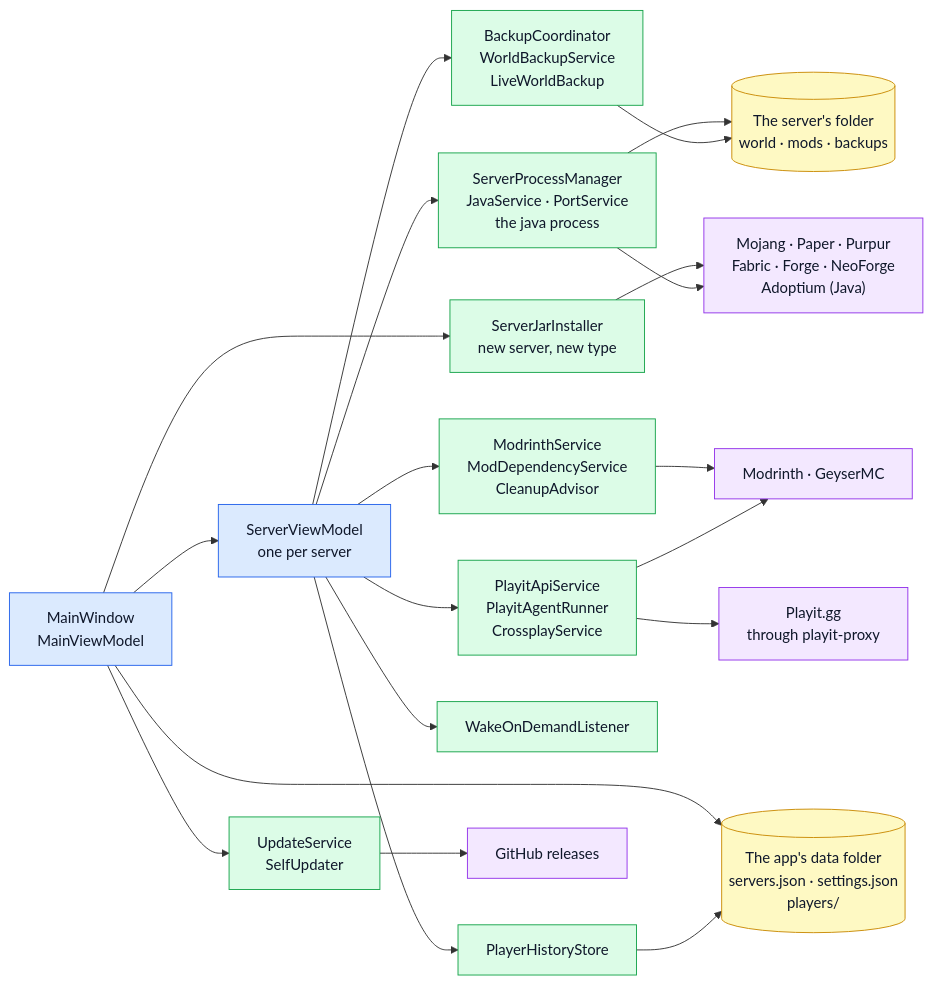
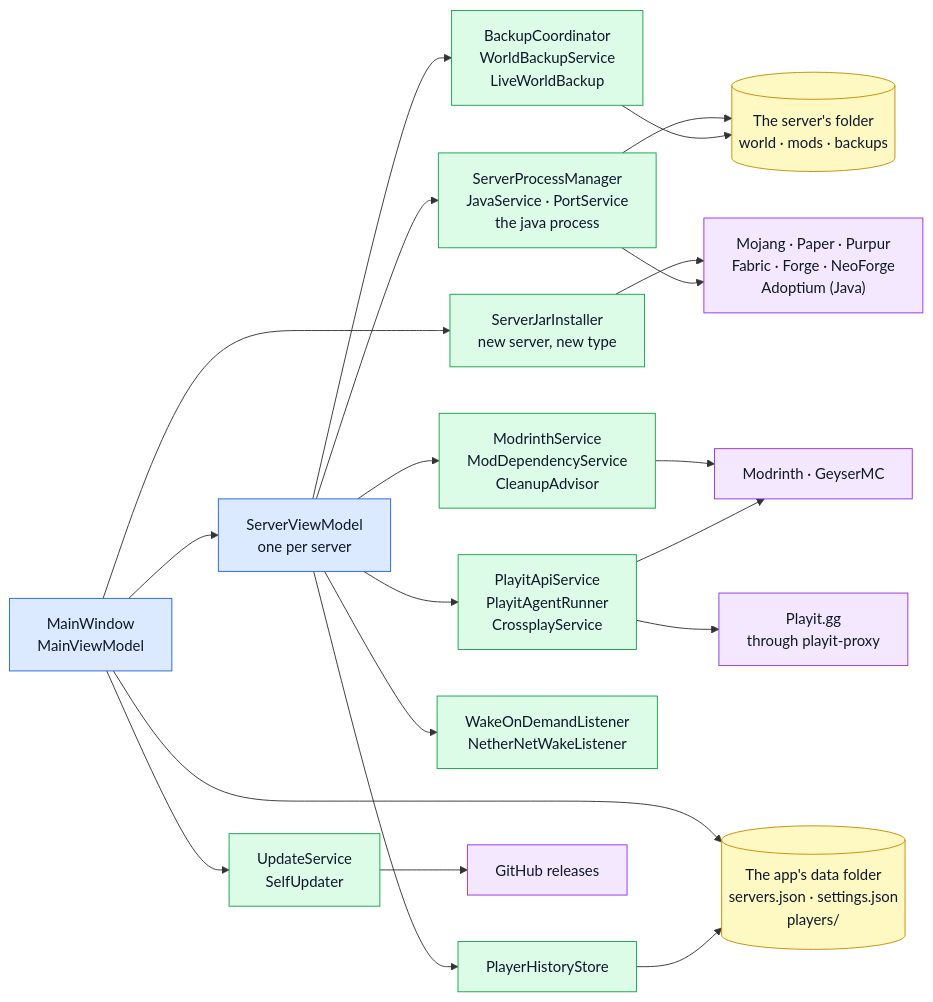
Before and after one commit to JuanP-G/MC-ServerLauncher: the first of 2 diagrams in docs/articles/architecture.md, drawn with Mermaid. The commit also changed other lines of this file and 1 other file, not shown here.

Commit message:
docs(despertar): el listener de Bedrock en architecture, ES y EN

````diff
--- a/docs/articles/architecture.md
+++ b/docs/articles/architecture.md
@@ -16,41 +16,41 @@
 ```mermaid
 flowchart LR
     win["MainWindow<br/>MainViewModel"]
     svm["ServerViewModel<br/>one per server"]
     store[("The app's data folder<br/>servers.json · settings.json<br/>players/")]
     upd["UpdateService<br/>SelfUpdater"]
     jar["ServerJarInstaller<br/>new server, new type"]
     run["ServerProcessManager<br/>JavaService · PortService<br/>the java process"]
     protect["BackupCoordinator<br/>WorldBackupService<br/>LiveWorldBackup"]
     content["ModrinthService<br/>ModDependencyService<br/>CleanupAdvisor"]
     online["PlayitApiService<br/>PlayitAgentRunner<br/>CrossplayService"]
-    wake["WakeOnDemandListener"]
+    wake["WakeOnDemandListener<br/>NetherNetWakeListener"]
     hist["PlayerHistoryStore"]
     folder[("The server's folder<br/>world · mods · backups")]
     web["Mojang · Paper · Purpur<br/>Fabric · Forge · NeoForge<br/>Adoptium (Java)"]
     mr["Modrinth · GeyserMC"]
     pl["Playit.gg<br/>through playit-proxy"]
     gh["GitHub releases"]
 
     win --> svm
     win --> store
     win --> upd --> gh
     win --> jar --> web
     svm --> run --> folder
     run --> web
     svm --> protect --> folder
     svm --> content --> mr
     svm --> online --> pl
     online --> mr
     svm --> wake
     svm --> hist --> store
 
     classDef ui fill:#dbeafe,stroke:#2563eb,color:#0f172a
     classDef svc fill:#dcfce7,stroke:#16a34a,color:#0f172a
     classDef disk fill:#fef9c3,stroke:#ca8a04,color:#0f172a
     classDef net fill:#f3e8ff,stroke:#9333ea,color:#0f172a
     class win,svm ui
     class upd,jar,run,protect,content,online,wake,hist svc
     class store,folder disk
     class web,mr,pl,gh net
 ```
````
